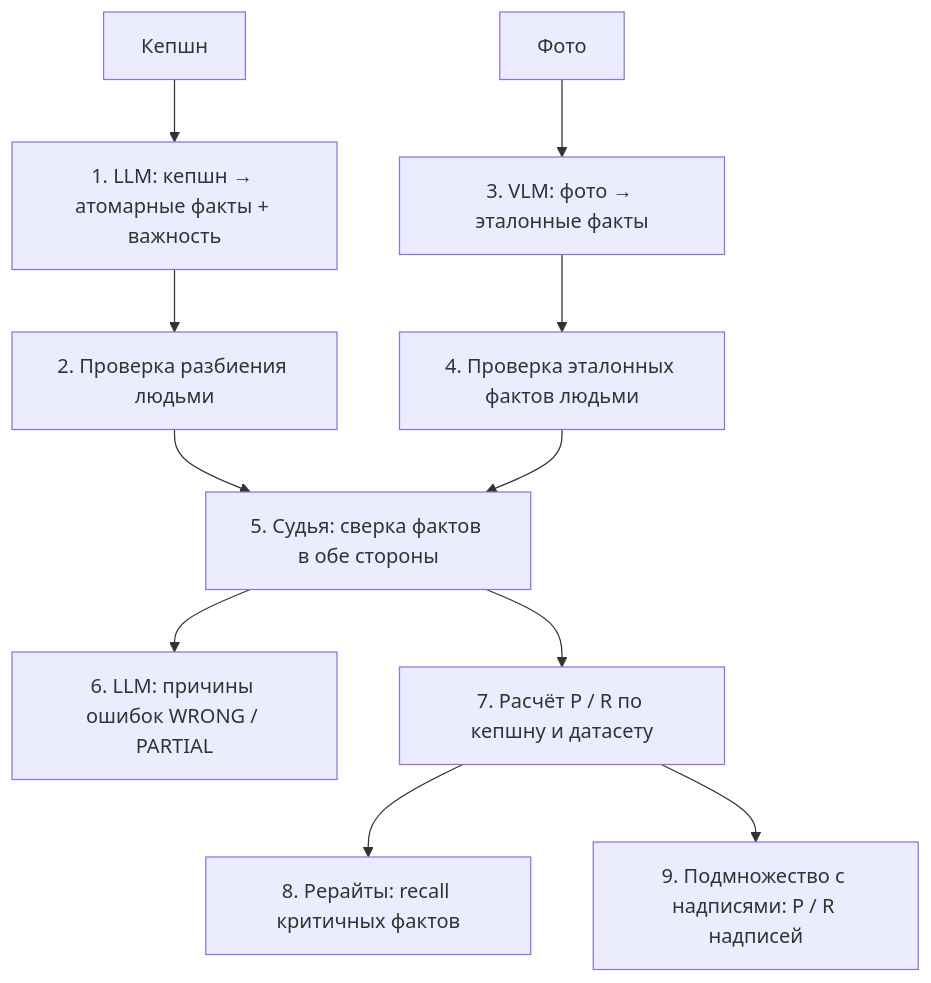
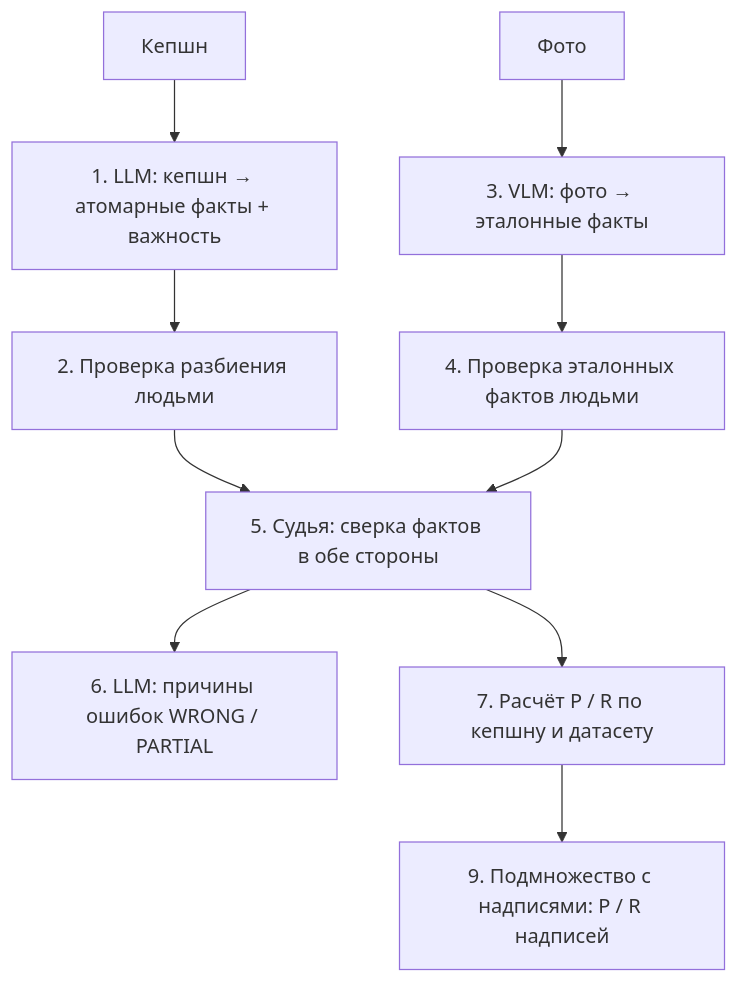
The diagram in README.md (OllaAmigos/image2text_captioning_evaluation_fact_level), drawn with Mermaid before and after one commit. The commit also changed other lines of this file, not shown here.

````diff
--- a/README.md
+++ b/README.md
@@ -66,13 +66,12 @@
 ```mermaid
 flowchart TD
   C[Кепшн] --> A1[1. LLM: кепшн → атомарные факты + важность]
   A1 --> A2[2. Проверка разбиения людьми]
   I[Фото] --> B1[3. VLM: фото → эталонные факты]
   B1 --> B2[4. Проверка эталонных фактов людьми]
   A2 --> M[5. Судья: сверка фактов в обе стороны]
   B2 --> M
   M --> E[6. LLM: причины ошибок WRONG / PARTIAL]
   M --> S[7. Расчёт P / R по кепшну и датасету]
-  S --> R[8. Рерайты: recall критичных фактов]
   S --> T[9. Подмножество с надписями: P / R надписей]
 ```
````
